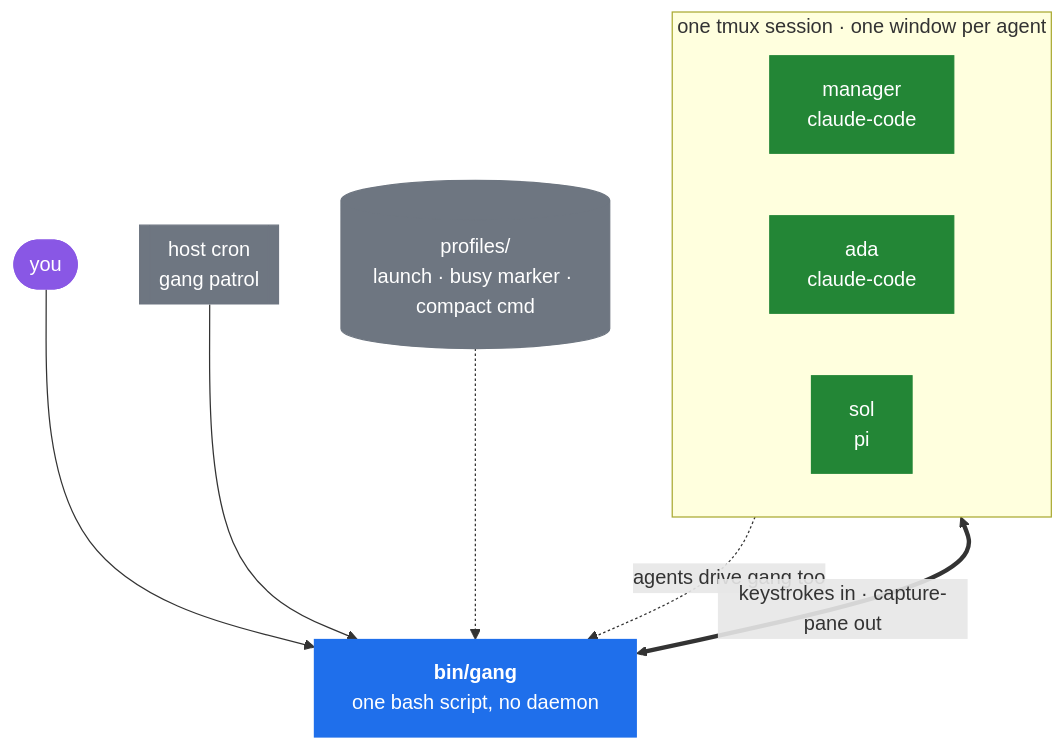
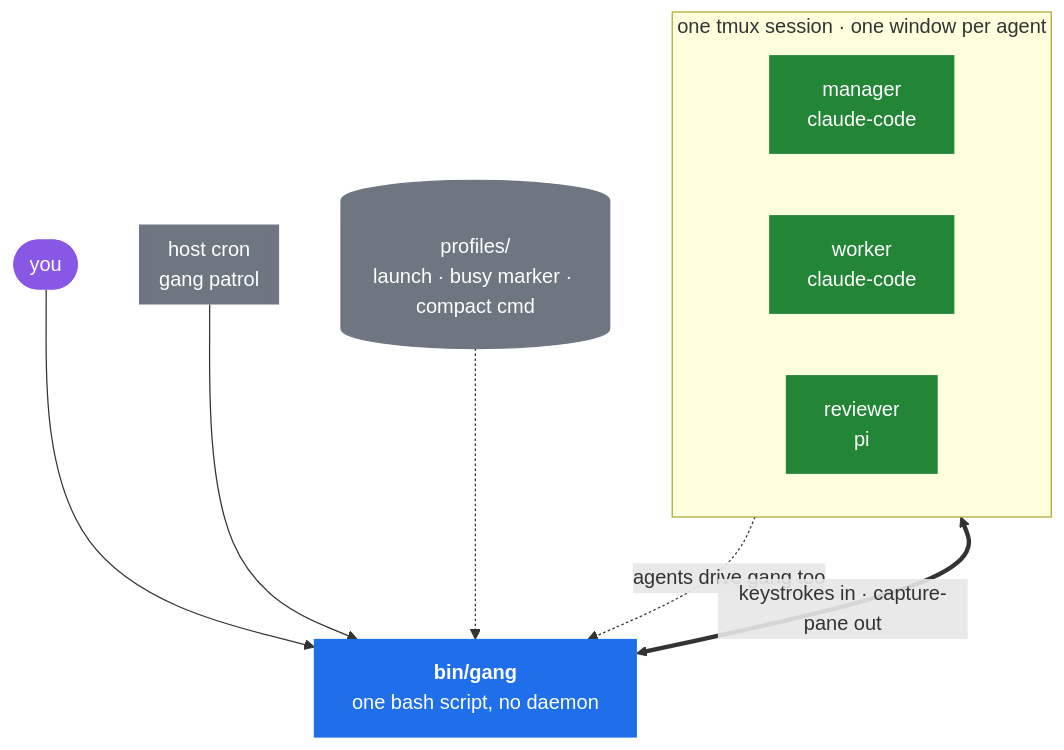
Before and after one commit to adambiggs/gangline: the first of 3 diagrams in README.md, drawn with Mermaid. The commit also changed other lines of this file, not shown here.

````diff
--- a/README.md
+++ b/README.md
@@ -11,22 +11,22 @@
 ```mermaid
 flowchart TB
     op([you]):::human --> gang
     cron[["host cron<br>gang patrol"]]:::edge --> gang
     prof[("profiles/<br>launch · busy marker · compact cmd")]:::edge -.-> gang
     gang["<b>bin/gang</b><br>one bash script, no daemon"]:::core
     gang <==>|"keystrokes in · capture-pane out"| tmux
 
     subgraph tmux["one tmux session · one window per agent"]
         direction LR
         m["manager<br>claude-code"]:::agent
-        a["ada<br>claude-code"]:::agent
-        s["sol<br>pi"]:::agent
+        a["worker<br>claude-code"]:::agent
+        s["reviewer<br>pi"]:::agent
     end
 
     a -.->|"agents drive gang too"| gang
 
     classDef core fill:#1f6feb,stroke:#1f6feb,color:#fff
     classDef agent fill:#238636,stroke:#238636,color:#fff
     classDef human fill:#8957e5,stroke:#8957e5,color:#fff
     classDef edge fill:#6e7681,stroke:#6e7681,color:#fff
 ```
````
